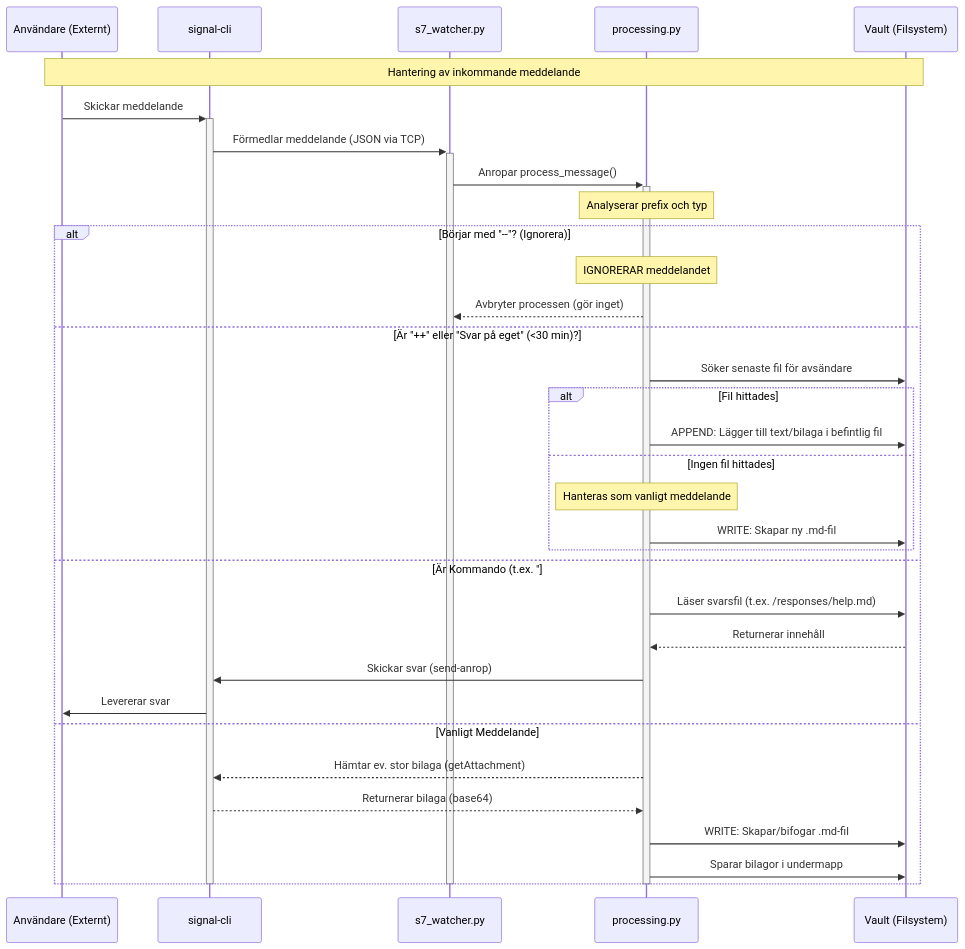
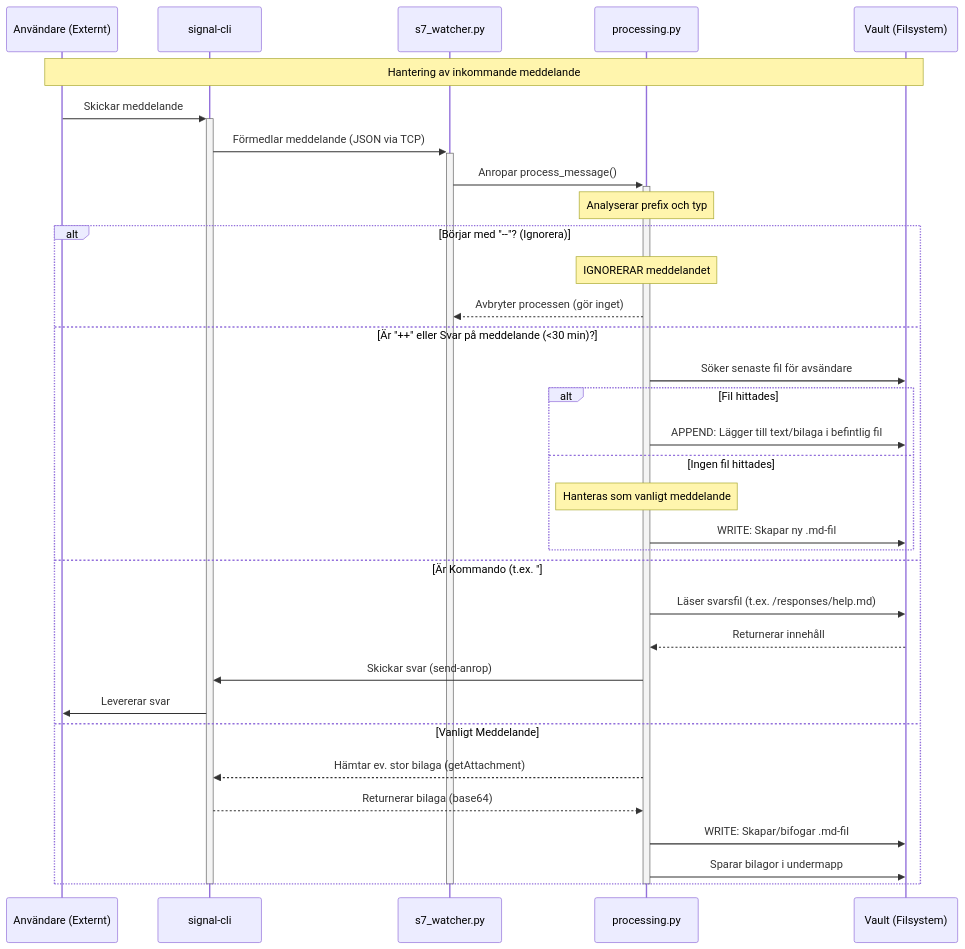
Before and after one commit to NicklasAndersson/oden: the diagram in docs/Flow.md, drawn with Mermaid. The commit also changed other lines of this file and 4 other files, not shown here.

````diff
--- a/docs/Flow.md
+++ b/docs/Flow.md
@@ -5,48 +5,48 @@
 ```mermaid
 sequenceDiagram
     participant Externt as Användare (Externt)
     participant Signal as signal-cli
     participant Watcher as s7_watcher.py
     participant Processor as processing.py
     participant Valv as Vault (Filsystem)
 
     Note over Externt, Valv: Hantering av inkommande meddelande
 
     Externt->>+Signal: Skickar meddelande
     Signal->>+Watcher: Förmedlar meddelande (JSON via TCP)
     Watcher->>+Processor: Anropar process_message()
     
     Note over Processor: Analyserar prefix och typ
     
     alt Börjar med "--"? (Ignorera)
         Note over Processor: IGNORERAR meddelandet
         Processor-->>Watcher: Avbryter processen (gör inget)
 
-    else Är "++" eller "Svar på eget" (<30 min)?
+    else Är "++" eller Svar på meddelande (<30 min)?
         Processor->>Valv: Söker senaste fil för avsändare
         
         alt Fil hittades
             Processor->>Valv: APPEND: Lägger till text/bilaga i befintlig fil
         else Ingen fil hittades
             Note over Processor: Hanteras som vanligt meddelande
             Processor->>Valv: WRITE: Skapar ny .md-fil
         end
 
     else Är Kommando (t.ex. "#help")?
         Processor->>Valv: Läser svarsfil (t.ex. /responses/help.md)
         Valv-->>Processor: Returnerar innehåll
         Processor->>Signal: Skickar svar (send-anrop)
         Signal->>Externt: Levererar svar
 
     else Vanligt Meddelande
         Processor-->>Signal: Hämtar ev. stor bilaga (getAttachment)
         Signal-->>Processor: Returnerar bilaga (base64)
         Processor->>Valv: WRITE: Skapar/bifogar .md-fil
         Processor->>Valv: Sparar bilagor i undermapp
     end
     
     deactivate Processor
     deactivate Watcher
     deactivate Signal
 
 ```
````
